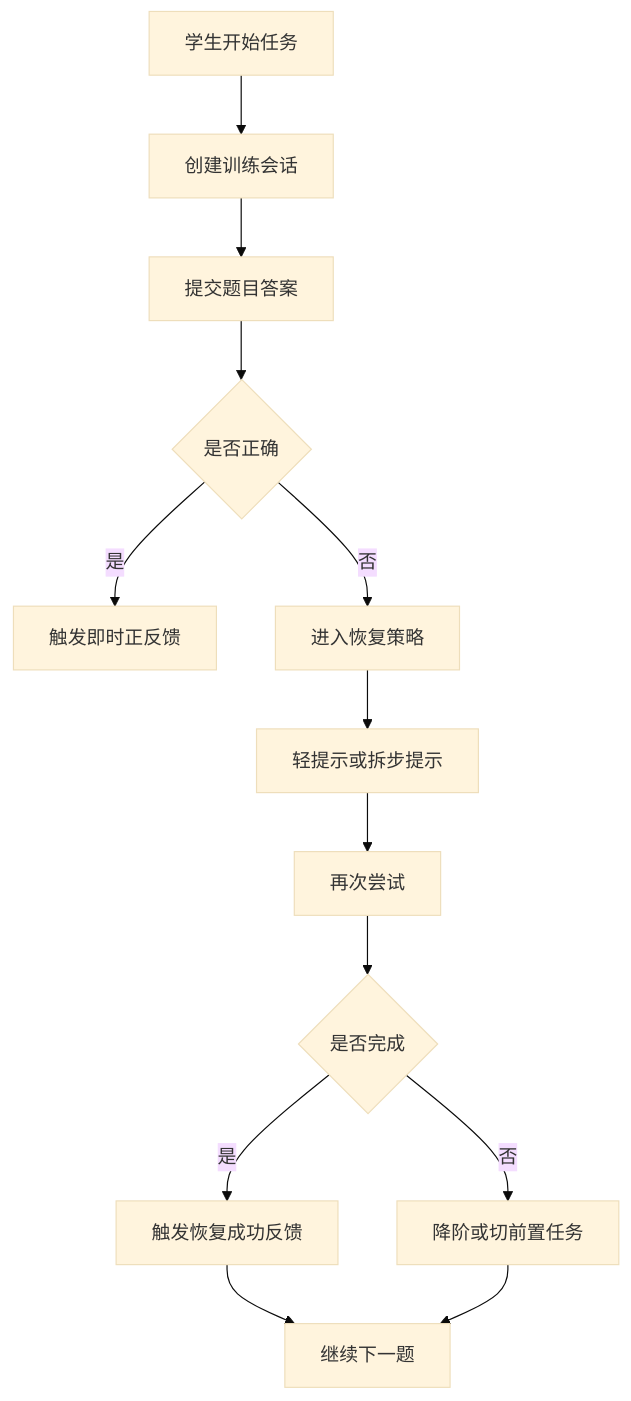
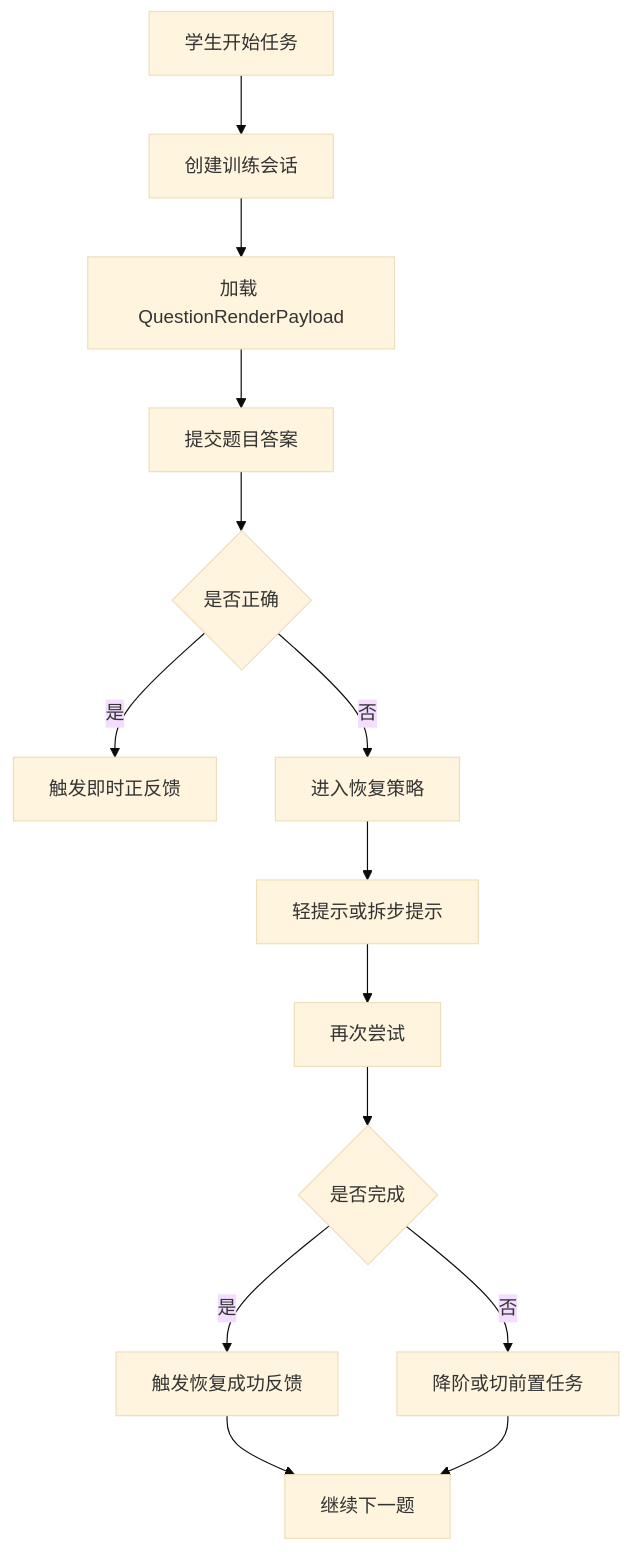
One commit to angelash/StudyAgent changed the second of 2 diagrams in doc/module-design/04-训练计划与正反馈模块.md. Above: the diagram before and after it, drawn with Mermaid (base theme). The commit also changed other lines of this file and 8 other files, not shown here.

````diff
--- a/doc/module-design/04-训练计划与正反馈模块.md
+++ b/doc/module-design/04-训练计划与正反馈模块.md
@@ -139,15 +140,16 @@
 ```mermaid
 flowchart TD
     A[学生开始任务] --> B[创建训练会话]
-    B --> C[提交题目答案]
-    C --> D{是否正确}
-    D -->|是| E[触发即时正反馈]
-    D -->|否| F[进入恢复策略]
-    F --> G[轻提示或拆步提示]
-    G --> H[再次尝试]
-    H --> I{是否完成}
-    I -->|是| J[触发恢复成功反馈]
-    I -->|否| K[降阶或切前置任务]
-    J --> L[继续下一题]
-    K --> L
+    B --> C[加载 QuestionRenderPayload]
+    C --> D[提交题目答案]
+    D --> E{是否正确}
+    E -->|是| F[触发即时正反馈]
+    E -->|否| G[进入恢复策略]
+    G --> H[轻提示或拆步提示]
+    H --> I[再次尝试]
+    I --> J{是否完成}
+    J -->|是| K[触发恢复成功反馈]
+    J -->|否| L[降阶或切前置任务]
+    K --> M[继续下一题]
+    L --> M
 ```
````
